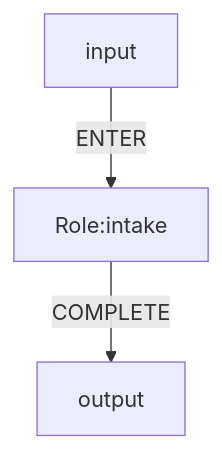
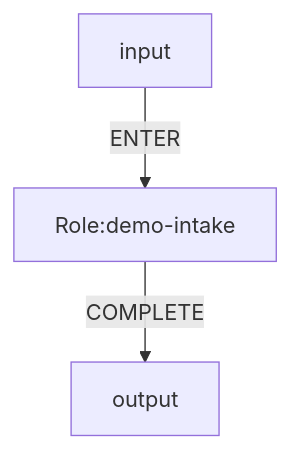
Before and after one commit to Fredericzhou/ogsystem: the diagram in examples/minimal-system.mmd, drawn with Mermaid. The commit also changed 78 other files, not shown here.

```diff
--- a/examples/minimal-system.mmd
+++ b/examples/minimal-system.mmd
@@ -1,7 +1,8 @@
 flowchart TD
 %% system.id=demo.minimal
 %% system.version=1.0.0
 %% law.global=law.minimal.base
+%% entry.role=demo-intake
 
-input -->|ENTER| intake[Role:intake]
-intake[Role:intake] -->|COMPLETE| output
+input -->|ENTER| intake[Role:demo-intake]
+intake[Role:demo-intake] -->|COMPLETE| output
```
